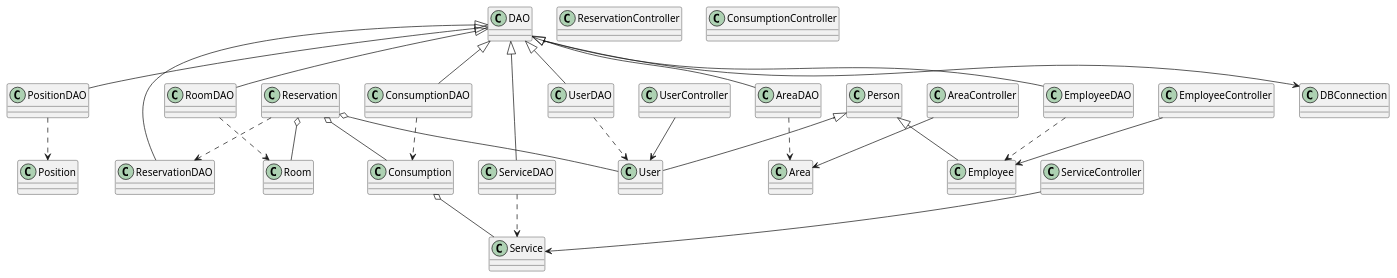
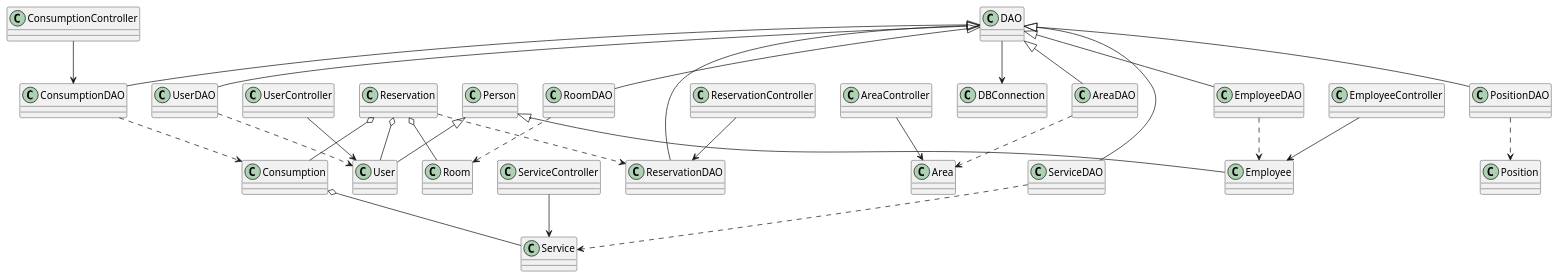
One commit to brayandiazssjd/homer changed the diagram in class-diagram.puml. Above: the diagram before and after it, drawn with PlantUML. The commit also changed 11 other files, not shown here.

```diff
--- a/class-diagram.puml
+++ b/class-diagram.puml
@@ -1,77 +1,79 @@
 @startuml
 
 
 ' Defintion
 
 ' Models
 
 class User
 class Consumption
 class Reservation
 class Room
 class Person
 class Employee
 class Service
 class DBConnection
 class Area
 class Position
 
 ' DAOs
 
 class DAO
 class PositionDAO
 class AreaDAO
 class RoomDAO
 class EmployeeDAO
 class UserDAO
 class ConsumptionDAO
 class ReservationDAO
 class ServiceDAO
 
 ' Controllers
 
 class UserController
 class EmployeeController
 class ReservationController
 class ServiceController
 class ConsumptionController
 
 ' Relations
 
 ' Generalization
 Person <|-- Employee
 Person <|-- User
 DAO <|-down- AreaDAO
 DAO <|-down- PositionDAO
 DAO <|-down- RoomDAO
 DAO <|-down- EmployeeDAO
 DAO <|-down- ServiceDAO
 DAO <|-down- ReservationDAO
 DAO <|-down- UserDAO
 DAO <|-down- ConsumptionDAO
 
 ' Agregation
 Reservation o-- User 
 Reservation o-- Room
 Reservation o-- Consumption
 Consumption  o-- Service
 
 ' Dependency
 ConsumptionDAO ..> Consumption
 ServiceDAO ..> Service 
 RoomDAO ..> Room
 EmployeeDAO ..> Employee
 UserDAO ..> User
 Reservation ..> ReservationDAO 
 AreaDAO ..> Area
 PositionDAO ..> Position
 
 ' Association
 DAO --> DBConnection
 ServiceController --> Service
 UserController --> User
 AreaController --> Area 
 EmployeeController --> Employee
+ConsumptionController --> ConsumptionDAO
+ReservationController --> ReservationDAO
 
 
 @enduml
```
